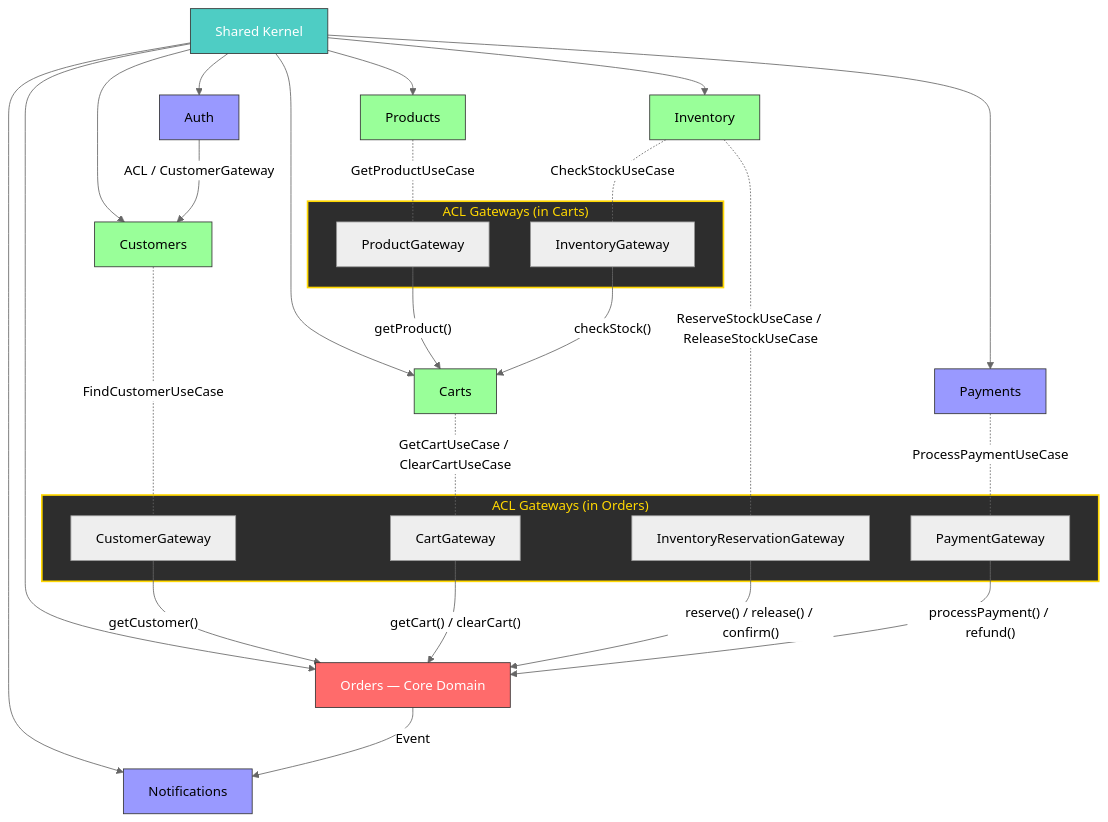
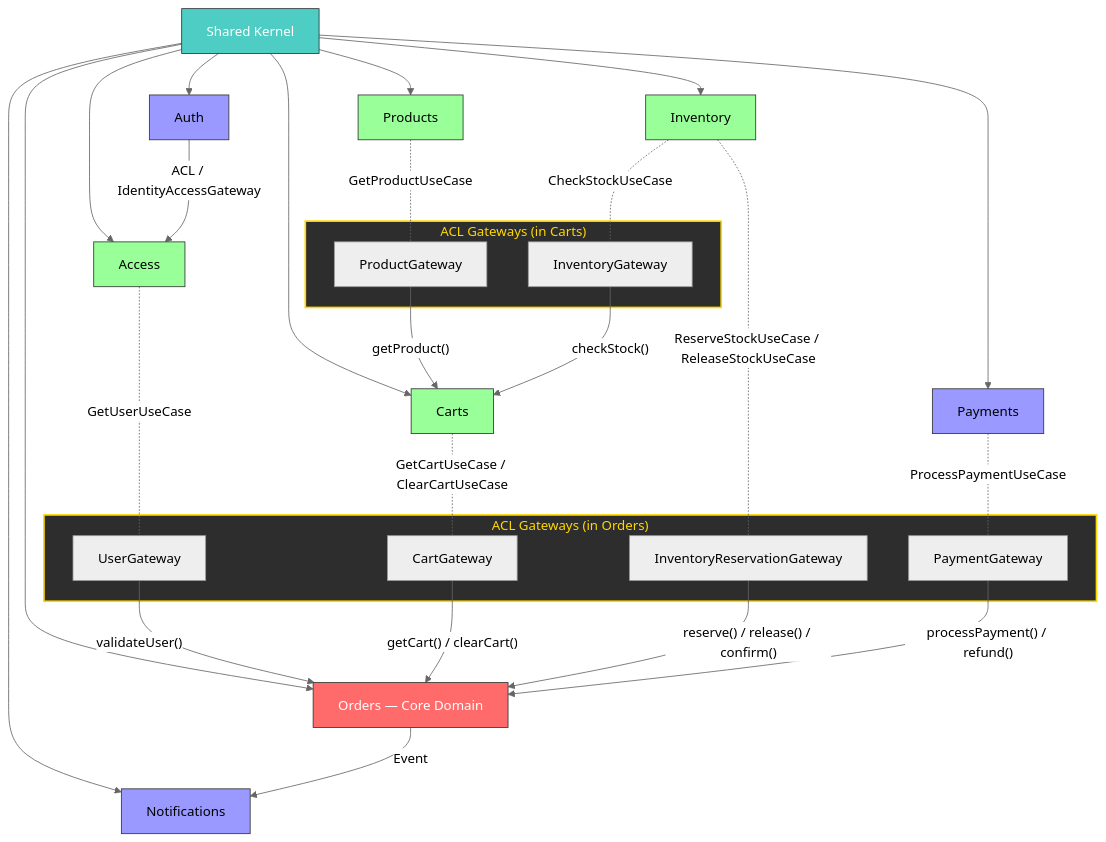
One commit to raouf-b-dev/ecommerce-store-api changed the first of 11 diagrams in docs/architecture/ARCHITECTURE.md. Above: the diagram before and after it, drawn with Mermaid (neutral theme). The commit also changed other lines of this file and 10 other files, not shown here.

First line of the commit message:
ES-138: Refactor architecture documentation to replace 'Customers' with 'Access' and update related terminology

````diff
--- a/docs/architecture/ARCHITECTURE.md
+++ b/docs/architecture/ARCHITECTURE.md
@@ -40,53 +40,53 @@
 ```mermaid
 graph TD
     SK[Shared Kernel] --> Orders[Orders — Core Domain]
     SK --> Carts[Carts]
     SK --> Inventory[Inventory]
     SK --> Products[Products]
-    SK --> Customers[Customers]
+    SK --> Access[Access]
     SK --> Payments[Payments]
     SK --> Auth[Auth]
     SK --> Notifications[Notifications]
 
     subgraph ACL_Orders["ACL Gateways (in Orders)"]
-        CustGW["CustomerGateway"]
+        CustGW["UserGateway"]
         CartGW["CartGateway"]
         InvGW["InventoryReservationGateway"]
         PayGW["PaymentGateway"]
     end
 
-    Customers -.-|"FindCustomerUseCase"| CustGW
+    Access -.-|"GetUserUseCase"| CustGW
     Carts -.-|"GetCartUseCase / ClearCartUseCase"| CartGW
     Inventory -.-|"ReserveStockUseCase / ReleaseStockUseCase"| InvGW
     Payments -.-|"ProcessPaymentUseCase"| PayGW
 
-    CustGW -->|"getCustomer()"| Orders
+    CustGW -->|"validateUser()"| Orders
     CartGW -->|"getCart() / clearCart()"| Orders
     InvGW -->|"reserve() / release() / confirm()"| Orders
     PayGW -->|"processPayment() / refund()"| Orders
 
     subgraph ACL_Carts["ACL Gateways (in Carts)"]
         ProdGW["ProductGateway"]
         InvGW2["InventoryGateway"]
     end
 
     Products -.-|"GetProductUseCase"| ProdGW
     Inventory -.-|"CheckStockUseCase"| InvGW2
 
     ProdGW -->|"getProduct()"| Carts
     InvGW2 -->|"checkStock()"| Carts
 
-    Auth -->|"ACL / CustomerGateway"| Customers
+    Auth -->|"ACL / IdentityAccessGateway"| Access
     Orders -->|"Event"| Notifications
 
     style Orders fill:#ff6b6b,stroke:#333,color:#fff
     style SK fill:#4ecdc4,stroke:#333,color:#fff
     style ACL_Orders fill:#2d2d2d,stroke:#ffd700,color:#ffd700,stroke-width:2px
     style ACL_Carts fill:#2d2d2d,stroke:#ffd700,color:#ffd700,stroke-width:2px
 
     classDef support fill:#99ff99,stroke:#333,stroke-width:1px;
     classDef generic fill:#9999ff,stroke:#333,stroke-width:1px;
 
-    class Inventory,Products,Carts,Customers support;
+    class Inventory,Products,Carts,Access support;
     class Payments,Auth,Notifications generic;
 ```
````
